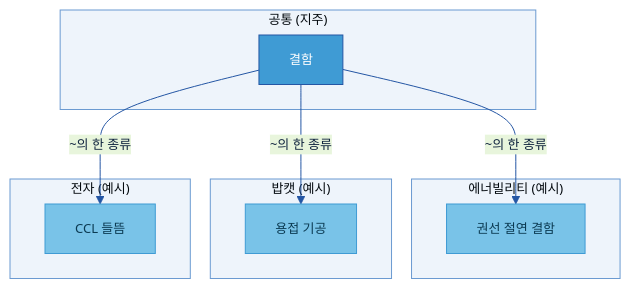
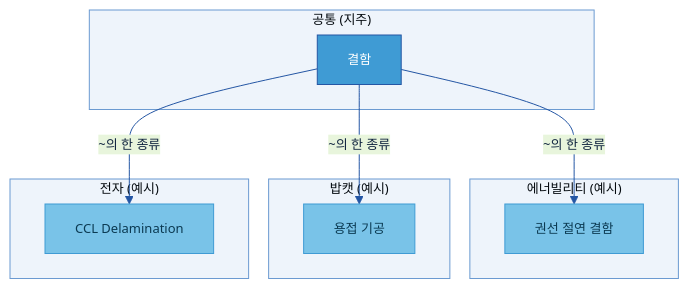
The fifth of 8 diagrams in 가이드 작성/B-3 온톨로지/B-3 온톨로지.md (jin-kearney/ai-ready-data-manual), drawn with Mermaid before and after one commit. The commit also changed other lines of this file and 1 other file, not shown here.

First line of the commit message:
docs(B-3): 용어 표기 일괄 정리 — 영문 병기 제거 + 들뜸→Delamination

````diff
--- a/가이드 작성/B-3 온톨로지/B-3 온톨로지.md
+++ b/가이드 작성/B-3 온톨로지/B-3 온톨로지.md
@@ -336,21 +336,21 @@
 ```mermaid
 %%{init: {'theme':'base','themeVariables':{'primaryColor':'#DCE8F5','primaryBorderColor':'#2456A4','primaryTextColor':'#10243f','lineColor':'#2456A4','clusterBkg':'#EEF4FB','clusterBorder':'#6B9AD1','fontSize':'13px'}}}%%
 flowchart TB
     subgraph COMMON["공통 (지주)"]
         D["결함"]:::gate
     end
     subgraph EN["에너빌리티 (예시)"]
         EN2["권선 절연 결함"]:::src
     end
     subgraph BC["밥캣 (예시)"]
         BC2["용접 기공"]:::src
     end
     subgraph TS["전자 (예시)"]
-        TS2["CCL 들뜸"]:::src
+        TS2["CCL Delamination"]:::src
     end
     D -->|"~의 한 종류"| EN2
     D -->|"~의 한 종류"| BC2
     D -->|"~의 한 종류"| TS2
     classDef gate fill:#3F9BD4,stroke:#2456A4,color:#fff;
     classDef src fill:#79C3E8,stroke:#3F9BD4,color:#0b3a52;
 ```
````
